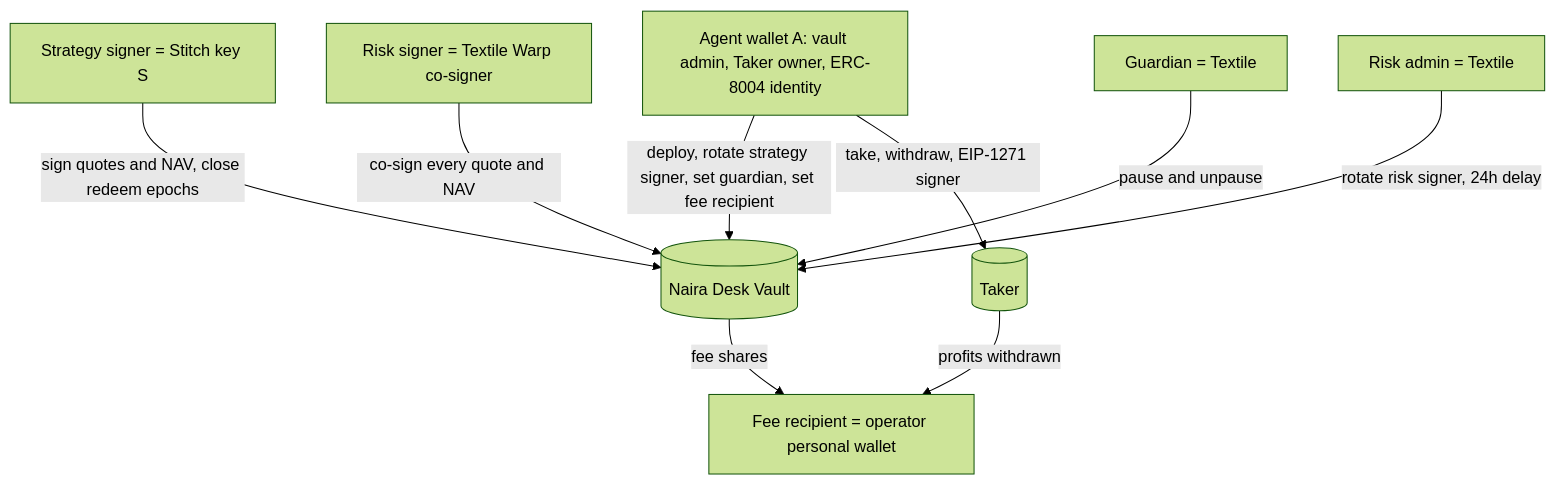
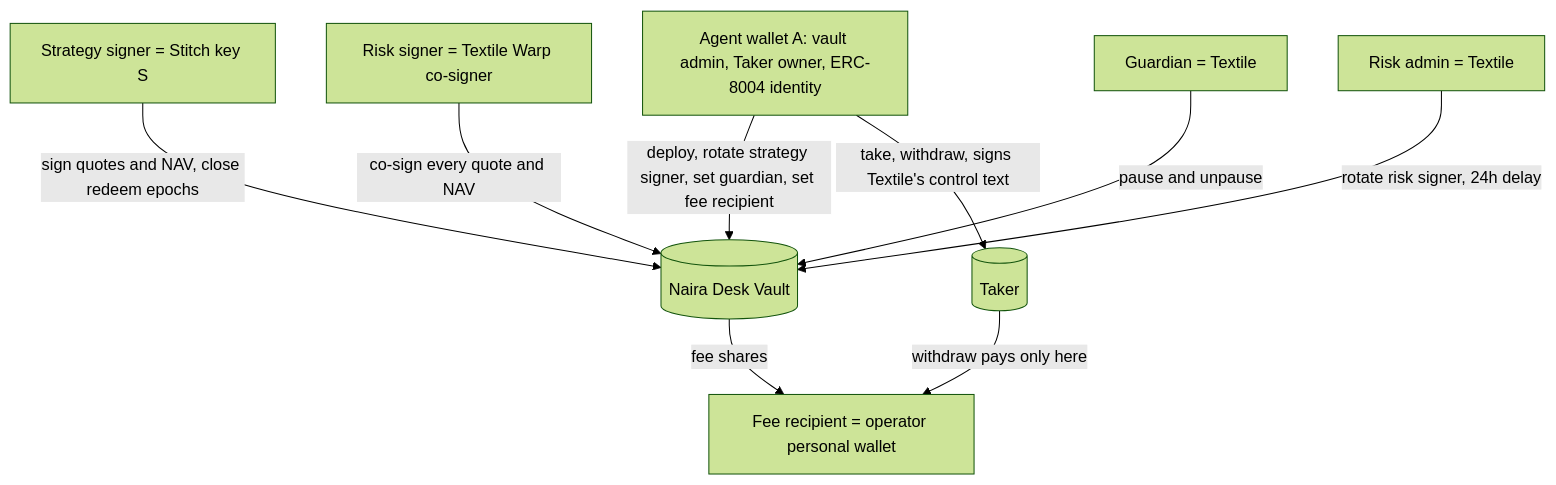
The second of 11 diagrams in docs/ARCHITECTURE.md (Kanasjnr/naira-desk), drawn with Mermaid (forest theme) before and after one commit. The commit also changed other lines of this file and 7 other files, not shown here.

````diff
--- a/docs/ARCHITECTURE.md
+++ b/docs/ARCHITECTURE.md
@@ -127,19 +127,19 @@
 ```mermaid
 flowchart TB
   A["Agent wallet A: vault admin, Taker owner, ERC-8004 identity"]
   S["Strategy signer = Stitch key S"]
   W["Risk signer = Textile Warp co-signer"]
   RA["Risk admin = Textile"]
   G["Guardian = Textile"]
   F["Fee recipient = operator personal wallet"]
   V[("Naira Desk Vault")]
   T[("Taker")]
   A -->|deploy, rotate strategy signer, set guardian, set fee recipient| V
   S -->|sign quotes and NAV, close redeem epochs| V
   W -->|co-sign every quote and NAV| V
   G -->|pause and unpause| V
   RA -->|rotate risk signer, 24h delay| V
   V -->|fee shares| F
-  A -->|take, withdraw, EIP-1271 signer| T
-  T -->|profits withdrawn| F
+  A -->|take, withdraw, signs Textile's control text| T
+  T -->|withdraw pays only here| F
 ```
````
